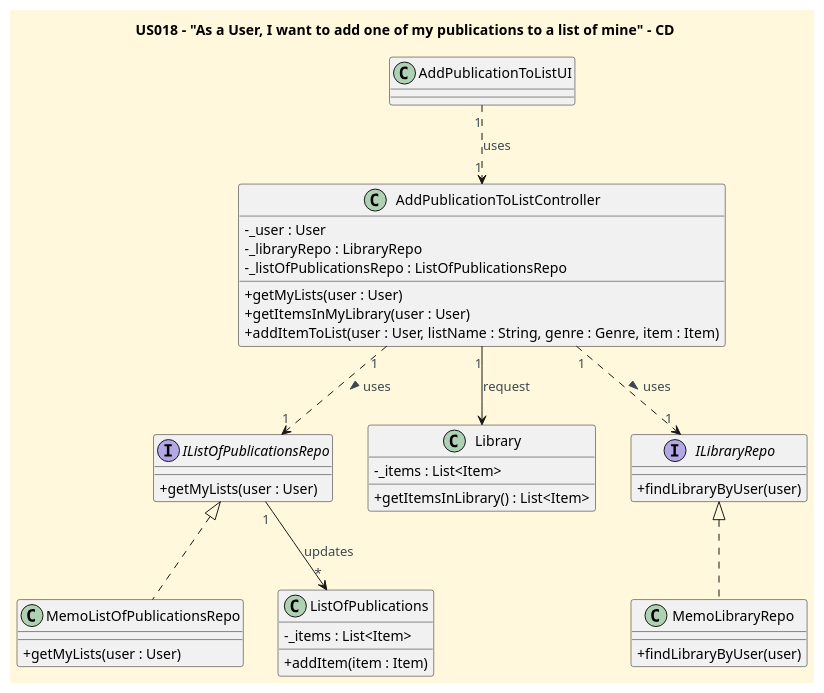
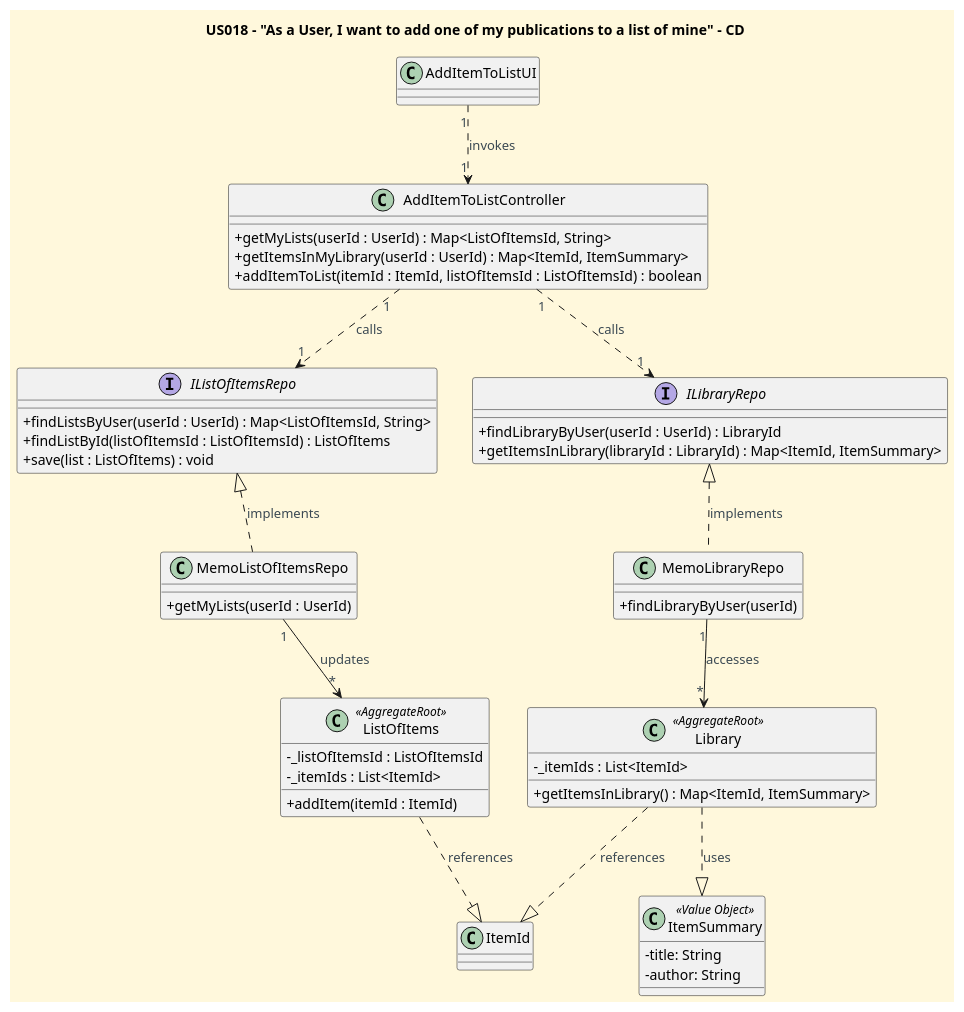
Before and after one commit to CarolinaLeite-collab/JavaMarketplacePlatform: the diagram in docs/user-stories/US018/US018_add_mypublication_to_mylist_CD.puml, drawn with PlantUML. The commit also changed 1 other file, not shown here.

Commit message:
Revised CD and SD diagrams of US018 according to DDD patterns, #495

```diff
--- a/docs/user-stories/US018/US018_add_mypublication_to_mylist_CD.puml
+++ b/docs/user-stories/US018/US018_add_mypublication_to_mylist_CD.puml
@@ -1,65 +1,79 @@
 @startuml
 'https://plantuml.com/class-diagram
 title US018 - "As a User, I want to add one of my publications to a list of mine" - CD
-
 
 '==== basic style ====
 skinparam monochrome false
 skinparam shadowing false
 skinparam defaultFontName Futura
 skinparam objectFontSize 20
 skinparam backgroundColor CornSilk
 skinparam objectBackgroundColor WhiteSmoke
 skinparam noteBackgroundColor #FFFFE0
 skinparam ArrowFontColor #3B4953
 skinparam ActivationBackgroundColor black
 skinparam classAttributeIconSize 0
 
-class AddPublicationToListUI {
+
+class AddItemToListUI {
 }
 
-class AddPublicationToListController {
-- _user : User
-- _libraryRepo : LibraryRepo
-- _listOfPublicationsRepo : ListOfPublicationsRepo
-+ getMyLists(user : User)
-+ getItemsInMyLibrary(user : User)
-+ addItemToList(user : User, listName : String, genre : Genre, item : Item)
+class AddItemToListController {
+
+    + getMyLists(userId : UserId) : Map<ListOfItemsId, String>
+    + getItemsInMyLibrary(userId : UserId) : Map<ItemId, ItemSummary>
+    + addItemToList(itemId : ItemId, listOfItemsId : ListOfItemsId) : boolean
 }
 
-interface IListOfPublicationsRepo {
-+ getMyLists(user : User)
+interface IListOfItemsRepo {
+    + findListsByUser(userId : UserId) : Map<ListOfItemsId, String>
+    + findListById(listOfItemsId : ListOfItemsId) : ListOfItems
+    + save(list : ListOfItems) : void
 }
 
-class MemoListOfPublicationsRepo{
-+ getMyLists(user : User)
+class MemoListOfItemsRepo{
+    + getMyLists(userId : UserId)
 }
 
-class Library {
--_items : List<Item>
-+ getItemsInLibrary() : List<Item>
+class Library <<AggregateRoot>> {
+    - _itemIds : List<ItemId>
+    + getItemsInLibrary() : Map<ItemId, ItemSummary>
 }
 
-class ListOfPublications{
-- _items : List<Item>
-+ addItem(item : Item)
+class ListOfItems <<AggregateRoot>> {
+    - _listOfItemsId : ListOfItemsId
+    - _itemIds : List<ItemId>
+    + addItem(itemId : ItemId)
 }
 
 interface ILibraryRepo {
-+ findLibraryByUser(user)
+    + findLibraryByUser(userId : UserId) : LibraryId
+    + getItemsInLibrary(libraryId : LibraryId) : Map<ItemId, ItemSummary>
 }
 
 class MemoLibraryRepo {
-+ findLibraryByUser(user)
+    + findLibraryByUser(userId)
 }
 
+class ItemSummary <<Value Object>> {
+    - title: String
+    - author: String
+}
 
-AddPublicationToListUI "1" ..> "1" AddPublicationToListController : uses
-AddPublicationToListController "1" ..> "1" IListOfPublicationsRepo : uses >
-AddPublicationToListController "1" ..> "1" ILibraryRepo : uses >
-IListOfPublicationsRepo "1" --> "*" ListOfPublications : updates
-AddPublicationToListController "1" --> Library : request
-IListOfPublicationsRepo <|.. MemoListOfPublicationsRepo
-ILibraryRepo <|.. MemoLibraryRepo
+class ItemId {
+}
+
+'==== Interactions ===='
+
+AddItemToListUI "1" ..> "1" AddItemToListController : invokes
+AddItemToListController "1" ..> "1" IListOfItemsRepo : calls
+AddItemToListController "1" ..> "1" ILibraryRepo : calls
+MemoListOfItemsRepo "1" --> "*" ListOfItems: updates
+MemoLibraryRepo "1" --> "*" Library : accesses
+IListOfItemsRepo <|.. MemoListOfItemsRepo: implements
+ILibraryRepo <|.. MemoLibraryRepo: implements
+Library ..|> ItemSummary: uses
+Library ..|> ItemId: references
+ListOfItems ..|> ItemId: references
 
 @enduml
```
